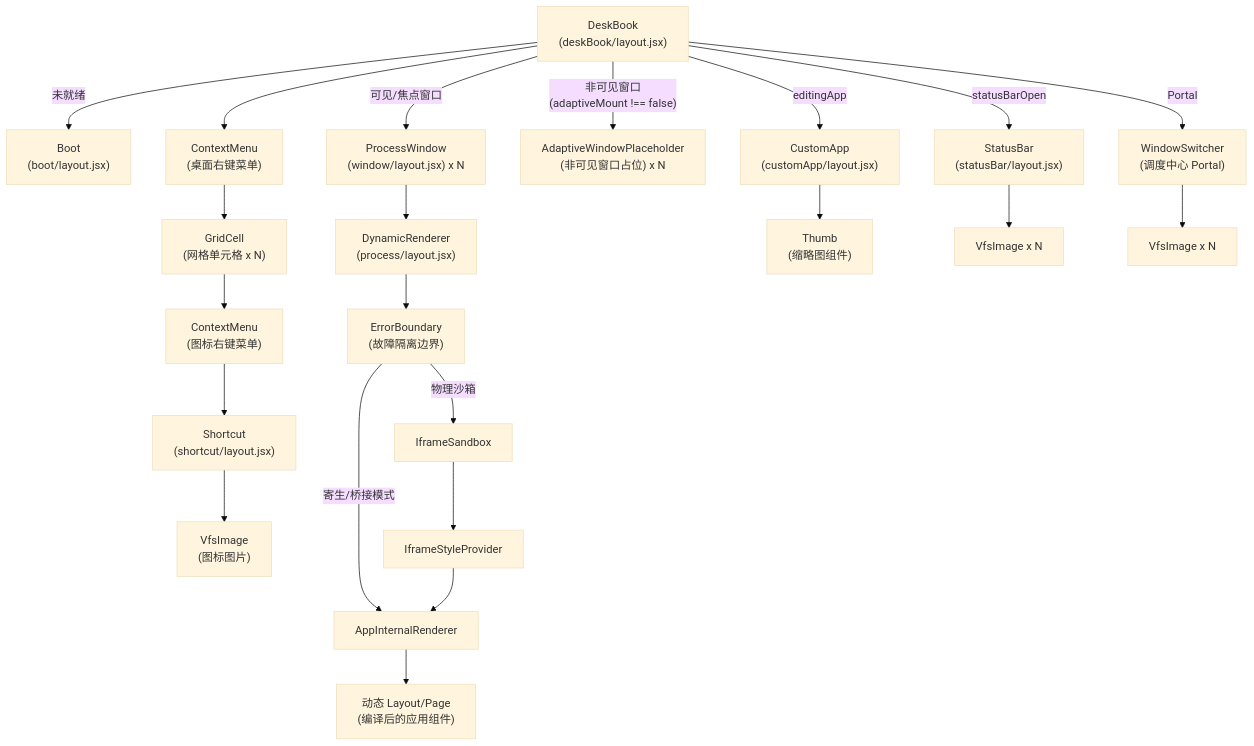
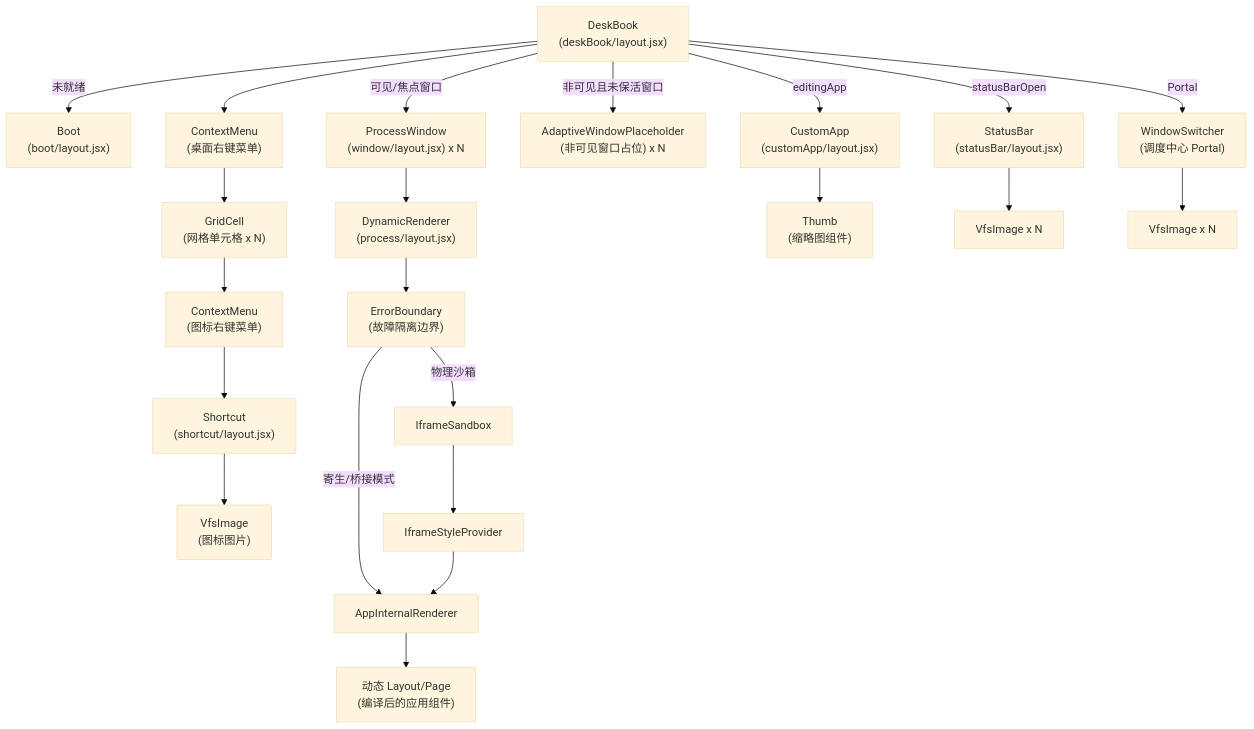
Before and after one commit to suluwanqing/sukinOS: the first of 2 diagrams in docs/module/02-deskbook.md, drawn with Mermaid (base theme). The commit also changed other lines of this file and 43 other files, not shown here.

Commit message:
完善组件文档与系统面板聚合 - 开发者中心编辑器改为多标签，二进制等不可编辑文件拦截打开 - 设置-组件页改为 SDK 组件文档，补齐公开组件，修复 ContextMenu 导出遮蔽与子菜单样式 - 修正深色提示条的文字与图标配色 - 系统应用面板统一汇总到 systemComponents，adminAppSdk 只做展开拼装

````diff
--- a/docs/module/02-deskbook.md
+++ b/docs/module/02-deskbook.md
@@ -41,42 +42,42 @@
 ```mermaid
 graph TD
     DeskBook["DeskBook<br/>(deskBook/layout.jsx)"]
     Boot["Boot<br/>(boot/layout.jsx)"]
     CM_Desktop["ContextMenu<br/>(桌面右键菜单)"]
     GridCell["GridCell<br/>(网格单元格 x N)"]
     CM_Shortcut["ContextMenu<br/>(图标右键菜单)"]
     Shortcut["Shortcut<br/>(shortcut/layout.jsx)"]
     VfsImage_S["VfsImage<br/>(图标图片)"]
     ProcessWindow["ProcessWindow<br/>(window/layout.jsx) x N"]
     AdaptivePH["AdaptiveWindowPlaceholder<br/>(非可见窗口占位) x N"]
     CustomApp["CustomApp<br/>(customApp/layout.jsx)"]
     Switcher["WindowSwitcher<br/>(调度中心 Portal)"]
     StatusBar["StatusBar<br/>(statusBar/layout.jsx)"]
 
     DeskBook -->|"未就绪"| Boot
     DeskBook --> CM_Desktop
     CM_Desktop --> GridCell
     GridCell --> CM_Shortcut
     CM_Shortcut --> Shortcut
     Shortcut --> VfsImage_S
 
     DeskBook -->|"可见/焦点窗口"| ProcessWindow
-    DeskBook -->|"非可见窗口<br/>(adaptiveMount !== false)"| AdaptivePH
+    DeskBook -->|"非可见且未保活窗口"| AdaptivePH
 
     DeskBook -->|"editingApp"| CustomApp
     DeskBook -->|"Portal"| Switcher
     DeskBook -->|"statusBarOpen"| StatusBar
 
     ProcessWindow --> DynamicRenderer["DynamicRenderer<br/>(process/layout.jsx)"]
     DynamicRenderer --> ErrorBoundary["ErrorBoundary<br/>(故障隔离边界)"]
     ErrorBoundary -->|"寄生/桥接模式"| AppRenderer["AppInternalRenderer"]
     ErrorBoundary -->|"物理沙箱"| IframeSandbox["IframeSandbox"]
     IframeSandbox --> IframeStyleProvider["IframeStyleProvider"]
     IframeStyleProvider --> AppRenderer
     AppRenderer --> LayoutComponent["动态 Layout/Page<br/>(编译后的应用组件)"]
 
     CustomApp --> Thumb["Thumb<br/>(缩略图组件)"]
 
     StatusBar --> VfsImage_SB["VfsImage x N"]
     Switcher --> VfsImage_SW["VfsImage x N"]
 ```
````
